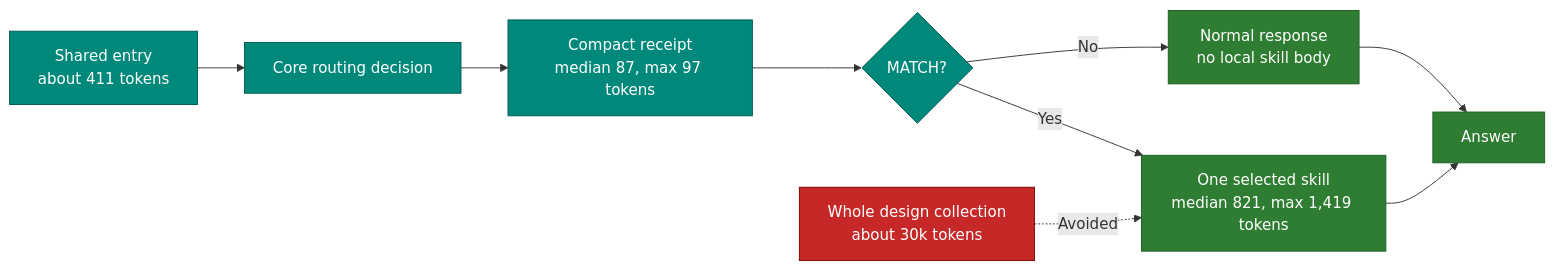
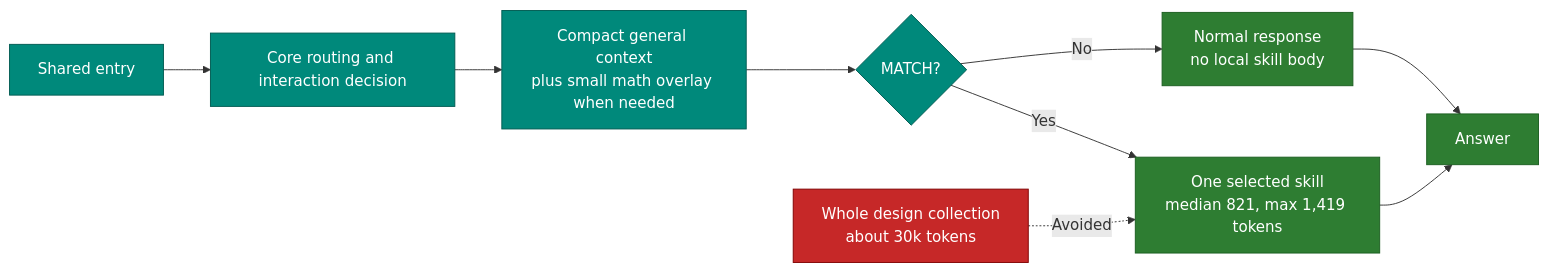
One commit to geekybobz/skills_ai changed the first of 2 diagrams in docs/human/05_SPEED_AND_TROUBLESHOOTING.md. Above: the diagram before and after it, drawn with Mermaid. The commit also changed other lines of this file and 199 other files, not shown here.

````diff
--- a/docs/human/05_SPEED_AND_TROUBLESHOOTING.md
+++ b/docs/human/05_SPEED_AND_TROUBLESHOOTING.md
@@ -13,18 +13,18 @@
 ```mermaid
 flowchart LR
-    E["Shared entry<br/>about 411 tokens"] --> R["Core routing decision"]
-    R --> P["Compact receipt<br/>median 87, max 97 tokens"]
+    E["Shared entry"] --> R["Core routing and interaction decision"]
+    R --> P["Compact general context<br/>plus small math overlay when needed"]
     P --> M{"MATCH?"}
     M -- "No" --> N["Normal response<br/>no local skill body"]
     M -- "Yes" --> S["One selected skill<br/>median 821, max 1,419 tokens"]
     N --> A["Answer"]
     S --> A
     WHOLE["Whole design collection<br/>about 30k tokens"] -. "Avoided" .-> S
 
     classDef measure fill:#00897B,color:#fff,stroke:#005B52
     classDef safe fill:#2E7D32,color:#fff,stroke:#1B5E20
     classDef avoided fill:#C62828,color:#fff,stroke:#7F0000
     class E,R,P,M measure
     class N,S,A safe
     class WHOLE avoided
 ```
````
